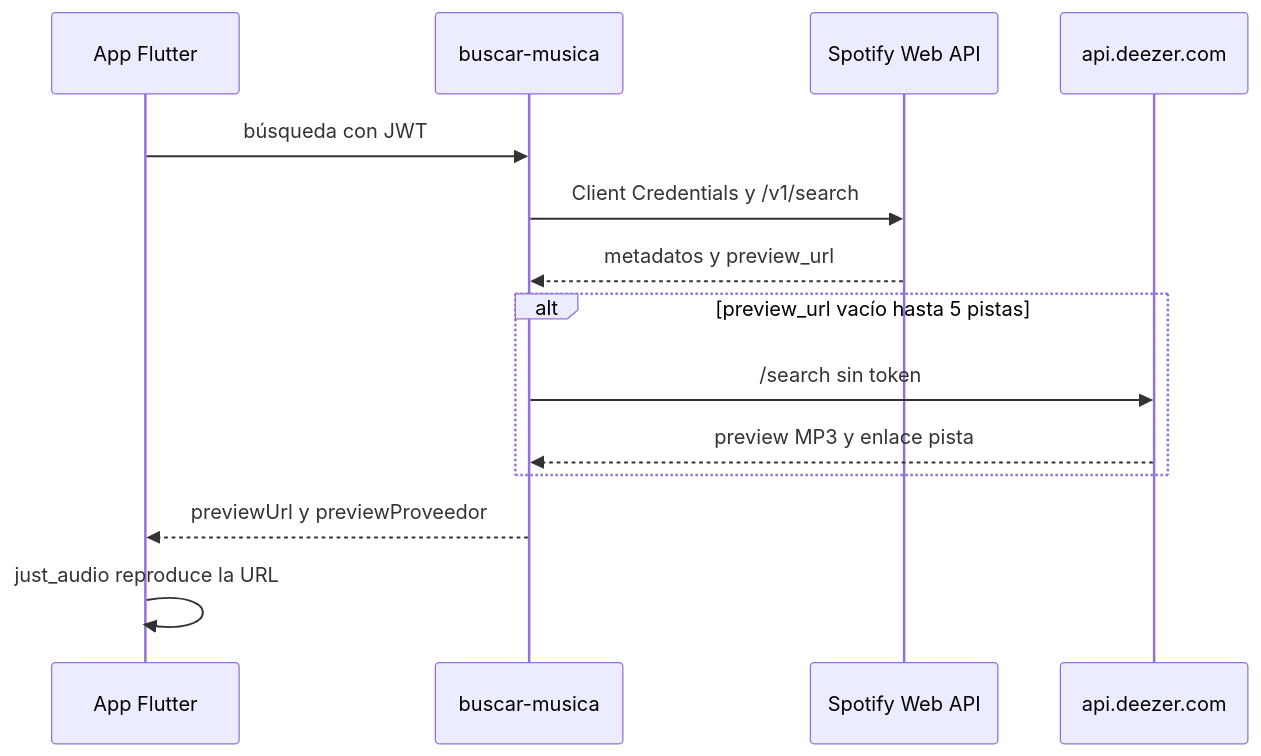
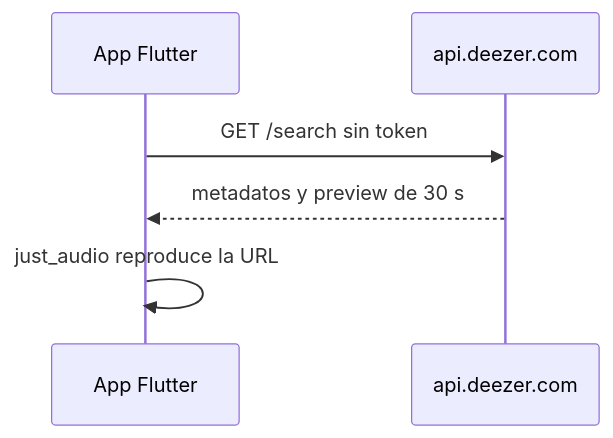
Before and after one commit to DeibyRamirez/Capsoul: the diagram in docs/08-musica-producto-y-licencias.md, drawn with Mermaid. The commit also changed other lines of this file and 15 other files, not shown here.

First line of the commit message:
refactorizacion(funciones): buscar-musica usa Deezer

````diff
--- a/docs/08-musica-producto-y-licencias.md
+++ b/docs/08-musica-producto-y-licencias.md
@@ -15,17 +15,9 @@
 ```mermaid
 sequenceDiagram
   participant App as App Flutter
-  participant EF as buscar-musica
-  participant SP as Spotify Web API
   participant DZ as api.deezer.com
 
-  App->>EF: búsqueda con JWT
-  EF->>SP: Client Credentials y /v1/search
-  SP-->>EF: metadatos y preview_url
-  alt preview_url vacío hasta 5 pistas
-    EF->>DZ: /search sin token
-    DZ-->>EF: preview MP3 y enlace pista
-  end
-  EF-->>App: previewUrl y previewProveedor
+  App->>DZ: GET /search sin token
+  DZ-->>App: metadatos y preview de 30 s
   App->>App: just_audio reproduce la URL
 ```
````
